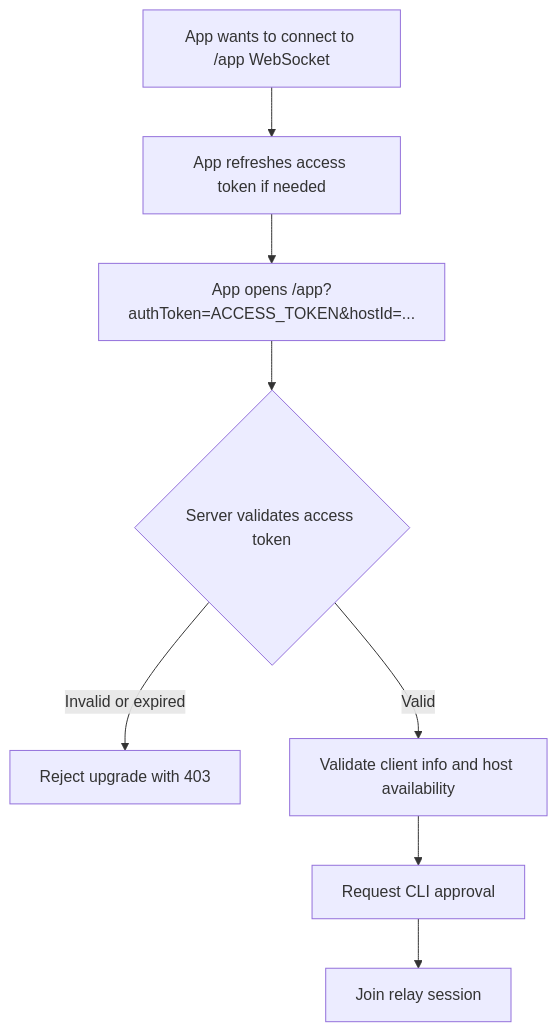
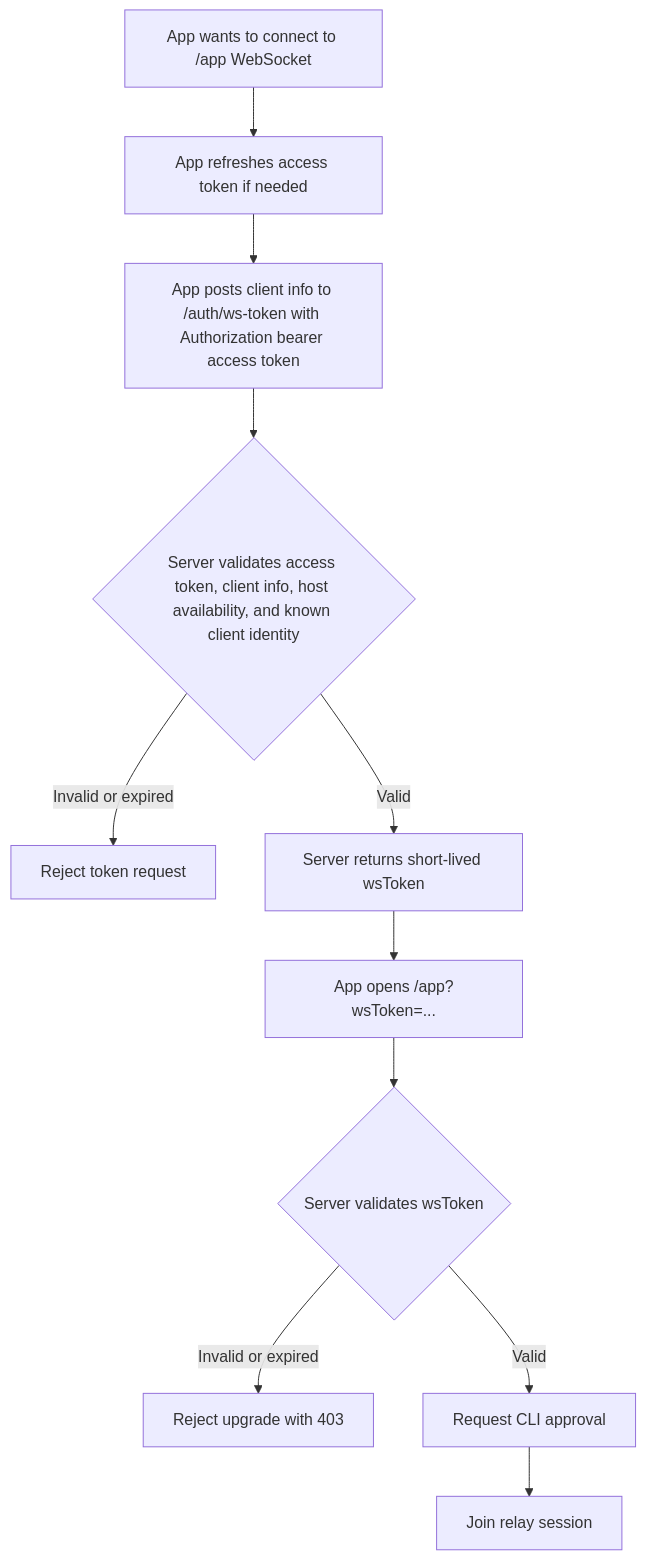
One commit to shellular-org/server changed the third of 4 diagrams in docs/oauth-flow.md. Above: the diagram before and after it, drawn with Mermaid.

````diff
--- a/docs/oauth-flow.md
+++ b/docs/oauth-flow.md
@@ -77,10 +77,13 @@
 ```mermaid
 flowchart TD
     A[App wants to connect to /app WebSocket] --> B[App refreshes access token if needed]
-    B --> C[App opens /app?authToken=ACCESS_TOKEN&hostId=...]
-    C --> D{Server validates access token}
-    D -- Invalid or expired --> E[Reject upgrade with 403]
-    D -- Valid --> F[Validate client info and host availability]
-    F --> G[Request CLI approval]
-    G --> H[Join relay session]
+    B --> C[App posts client info to /auth/ws-token with Authorization bearer access token]
+    C --> D{Server validates access token, client info, host availability, and known client identity}
+    D -- Invalid or expired --> E[Reject token request]
+    D -- Valid --> F[Server returns short-lived wsToken]
+    F --> G[App opens /app?wsToken=...]
+    G --> H{Server validates wsToken}
+    H -- Invalid or expired --> I[Reject upgrade with 403]
+    H -- Valid --> J[Request CLI approval]
+    J --> K[Join relay session]
 ```
````
